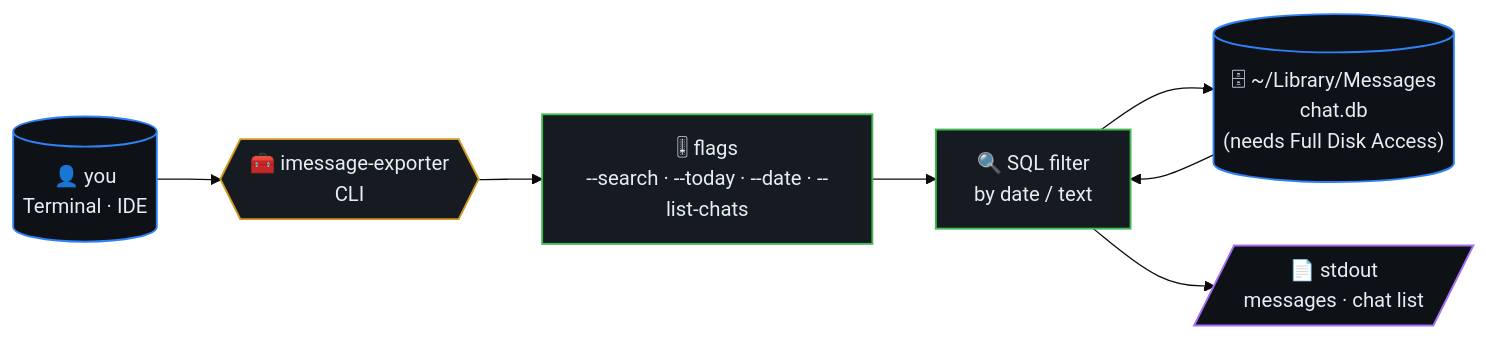
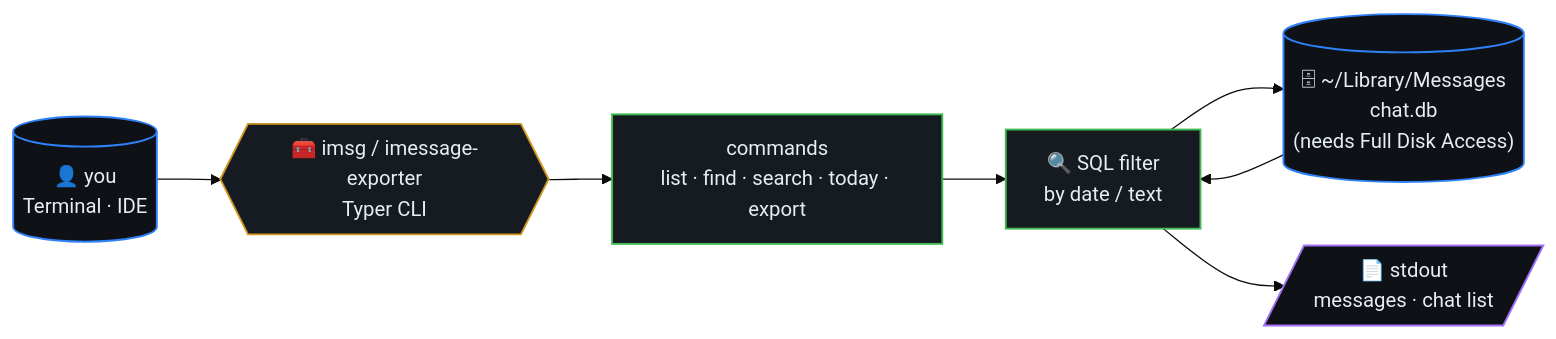
One commit to ml-lubich/imessage-exporter changed the first of 5 diagrams in README.md. Above: the diagram before and after it, drawn with Mermaid (base theme). The commit also changed other lines of this file and 10 other files, not shown here.

Commit message:
Add Typer iMessage export CLI

````diff
--- a/README.md
+++ b/README.md
@@ -6,22 +11,22 @@
 ```mermaid
 flowchart LR
     USER[("👤 you<br/>Terminal · IDE")]
-    CLI{{"🧰 imessage-exporter<br/>CLI"}}
-    FLAGS["🎚 flags<br/>--search · --today · --date · --list-chats"]
+    CLI{{"🧰 imsg / imessage-exporter<br/>Typer CLI"}}
+    COMMANDS["commands<br/>list · find · search · today · export"]
     DB[("🗄 ~/Library/Messages<br/>chat.db<br/>(needs Full Disk Access)")]
     QUERY["🔍 SQL filter<br/>by date / text"]
     OUT[/"📄 stdout<br/>messages · chat list"/]
 
-    USER --> CLI --> FLAGS --> QUERY
+    USER --> CLI --> COMMANDS --> QUERY
     QUERY --> DB
     DB --> QUERY --> OUT
 
     classDef io fill:#0e1116,stroke:#2f81f7,stroke-width:1.5px,color:#e6edf3;
     classDef tool fill:#161b22,stroke:#3fb950,stroke-width:1.5px,color:#e6edf3;
     classDef brain fill:#161b22,stroke:#d29922,stroke-width:1.5px,color:#e6edf3;
     classDef out fill:#0e1116,stroke:#a371f7,stroke-width:1.5px,color:#e6edf3;
     class USER,DB io;
-    class FLAGS,QUERY tool;
+    class COMMANDS,QUERY tool;
     class CLI brain;
     class OUT out;
 ```
````
